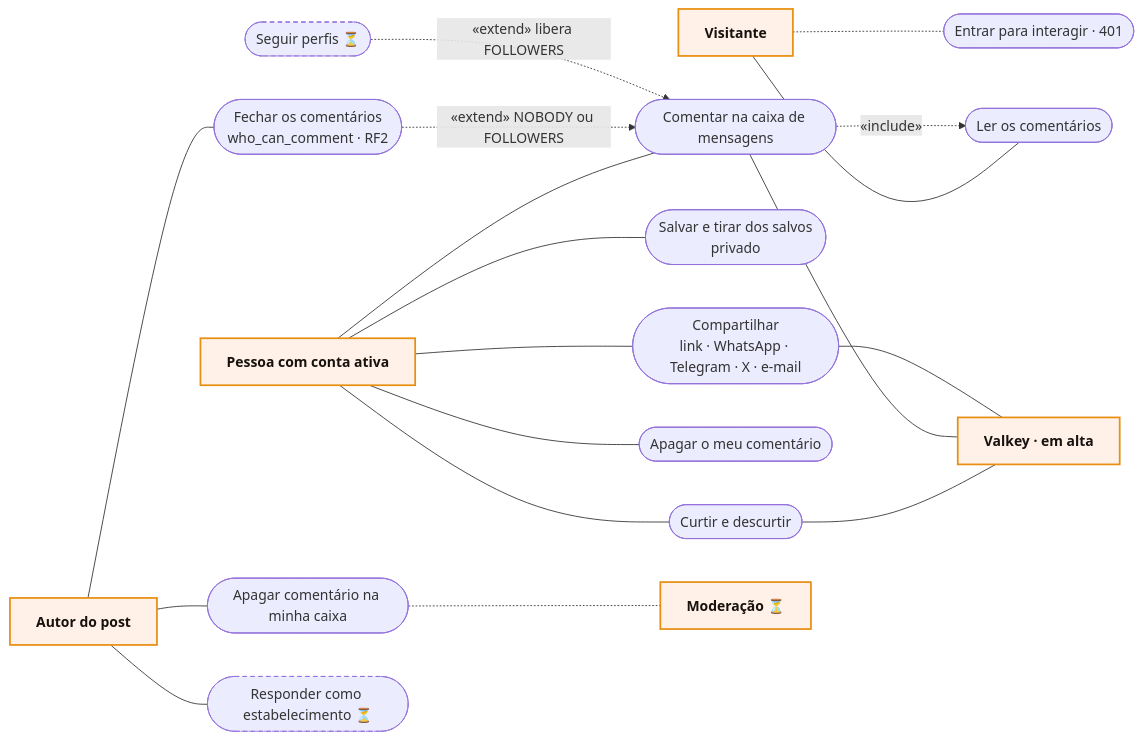
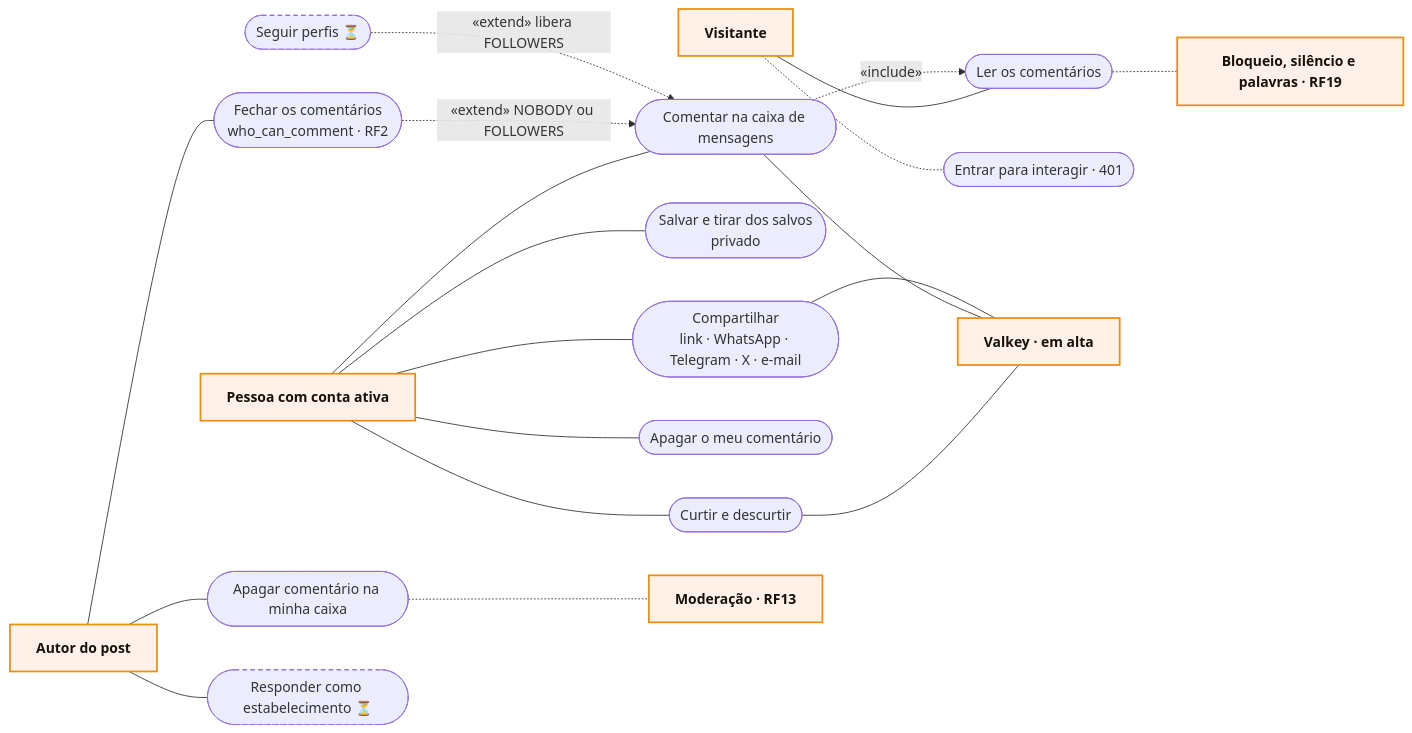
The diagram in docs/RF12/casos-de-uso.md (MatheusHaliski/Friendly-Eats), drawn with Mermaid before and after one commit. The commit also changed 90 other files, not shown here.

````diff
--- a/docs/RF12/casos-de-uso.md
+++ b/docs/RF12/casos-de-uso.md
@@ -5,34 +5,36 @@
 ```mermaid
 flowchart LR
     PES["Pessoa com conta ativa"]:::actor
     DONO["Autor do post"]:::actor
     VIS["Visitante"]:::actor
 
     UC1(["Curtir e descurtir"])
     UC2(["Salvar e tirar dos salvos<br/>privado"])
     UC3(["Comentar na caixa de mensagens"])
     UC4(["Ler os comentários"])
     UC5(["Apagar o meu comentário"])
     UC6(["Apagar comentário na minha caixa"])
     UC7(["Compartilhar<br/>link · WhatsApp · Telegram · X · e-mail"])
     UC8(["Fechar os comentários<br/>who_can_comment · RF2"])
     UC9(["Entrar para interagir · 401"])
     UC10(["Seguir perfis ⏳"]):::planned
     UC11(["Responder como estabelecimento ⏳"]):::planned
 
     TR["Valkey · em alta"]:::actor
-    MOD["Moderação ⏳"]:::actor
+    MOD["Moderação · RF13"]:::actor
+    SEG["Bloqueio, silêncio e palavras · RF19"]:::actor
 
     PES --- UC1 & UC2 & UC3 & UC5 & UC7
     DONO --- UC6 & UC8 & UC11
     VIS --- UC4
     VIS -.- UC9
     UC3 -. «include» .-> UC4
     UC8 -. «extend» NOBODY ou FOLLOWERS .-> UC3
     UC10 -. «extend» libera FOLLOWERS .-> UC3
     UC1 & UC3 & UC7 --- TR
     UC6 -.- MOD
+    UC4 -.- SEG
 
     classDef actor fill:#FFF1E8,stroke:#E88F12,stroke-width:2px,color:#17120D,font-weight:bold
     classDef planned stroke-dasharray:5 4
 ```
````
